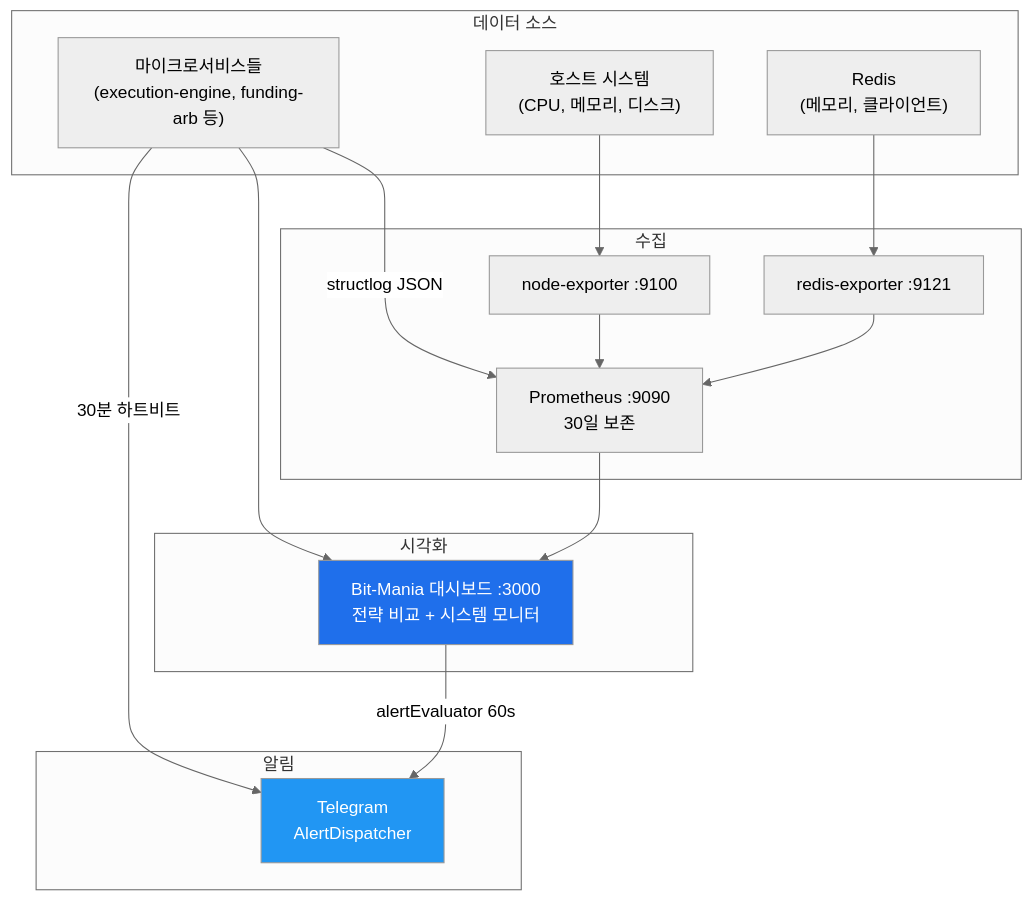
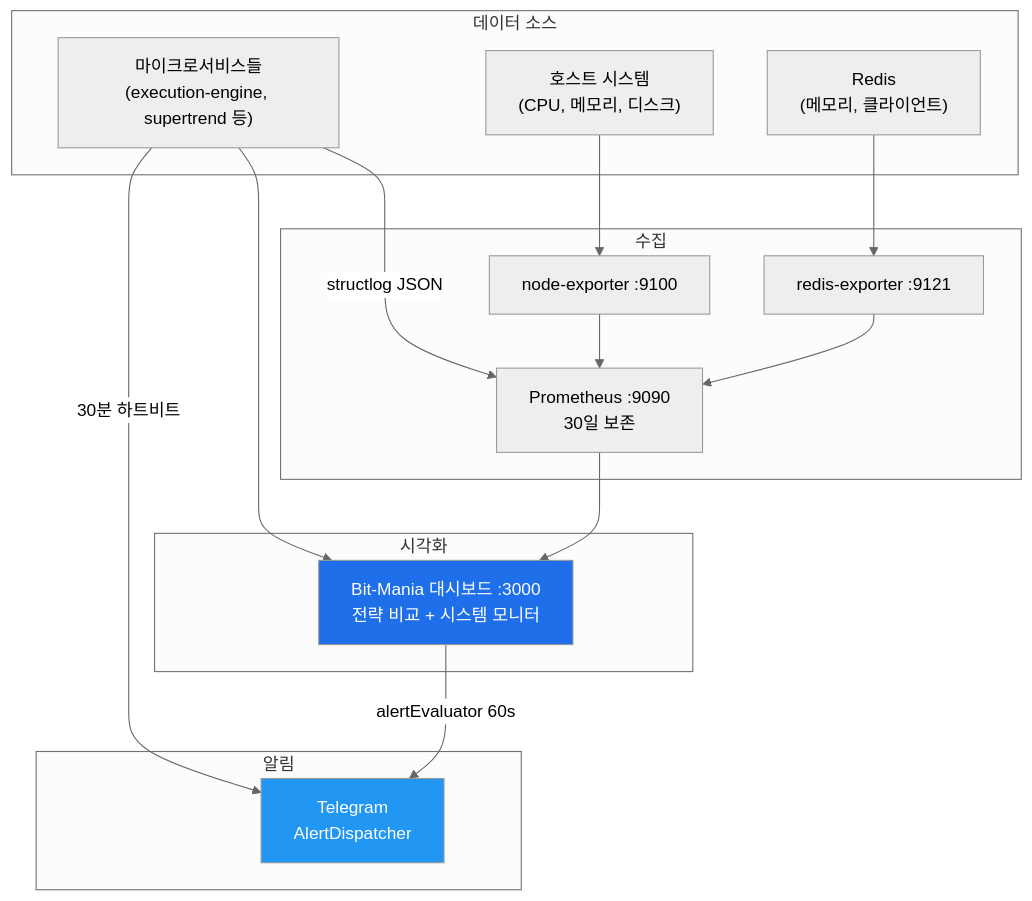
Before and after one commit to Justant-source/Bit-Mania: the first of 2 diagrams in docs/policies/operations/monitoring.md, drawn with Mermaid (neutral theme). The commit also changed other lines of this file and 34 other files, not shown here.

````diff
--- a/docs/policies/operations/monitoring.md
+++ b/docs/policies/operations/monitoring.md
@@ -25,33 +25,33 @@
 ```mermaid
 graph TD
     subgraph sources["데이터 소스"]
-        SVC["마이크로서비스들\n(execution-engine, funding-arb 등)"]
+        SVC["마이크로서비스들\n(execution-engine, supertrend 등)"]
         SYS["호스트 시스템\n(CPU, 메모리, 디스크)"]
         RD["Redis\n(메모리, 클라이언트)"]
     end
 
     subgraph collectors["수집"]
         PROM["Prometheus :9090\n30일 보존"]
         NE["node-exporter :9100"]
         RE["redis-exporter :9121"]
     end
 
     subgraph visualization["시각화"]
         DB["Bit-Mania 대시보드 :3000\n전략 비교 + 시스템 모니터"]
     end
 
     subgraph alerts["알림"]
         TG["Telegram\nAlertDispatcher"]
     end
 
     SVC -->|"structlog JSON"| PROM
     SYS --> NE --> PROM
     RD --> RE --> PROM
     PROM --> DB
     SVC --> DB
     DB -->|"alertEvaluator 60s"| TG
     SVC -->|"30분 하트비트"| TG
 
     style TG fill:#2196f3,color:#fff
     style DB fill:#1f6feb,color:#fff
 ```
````
